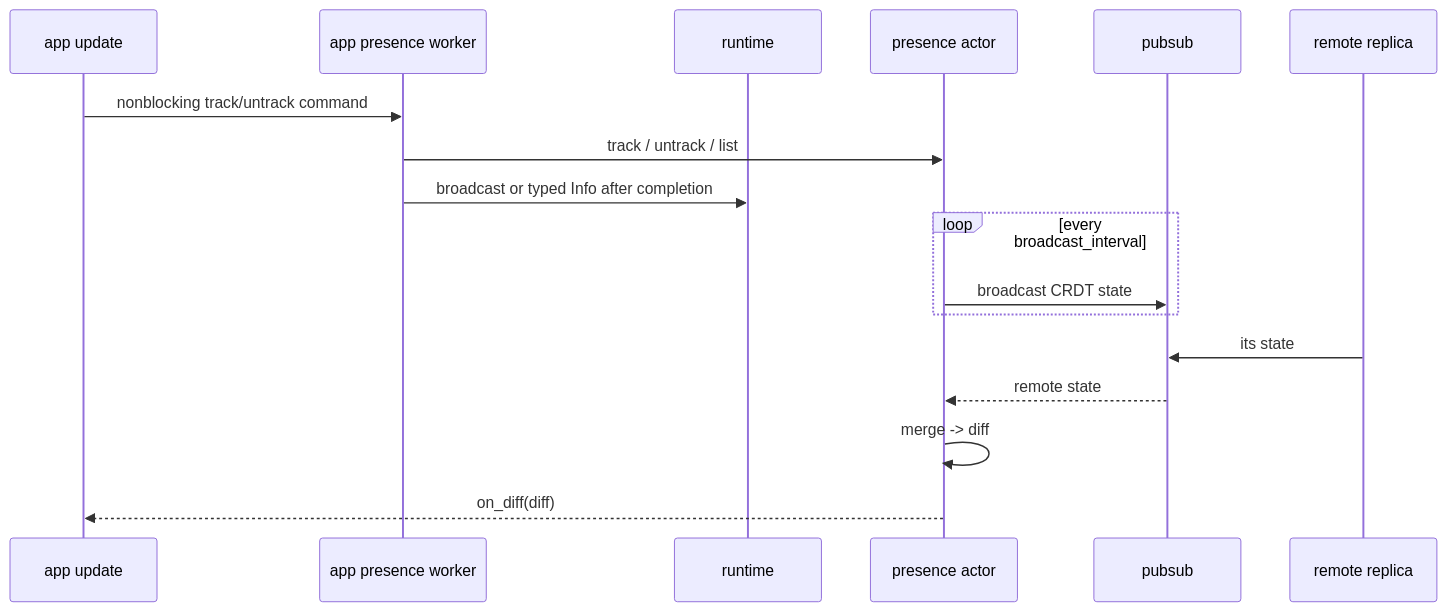
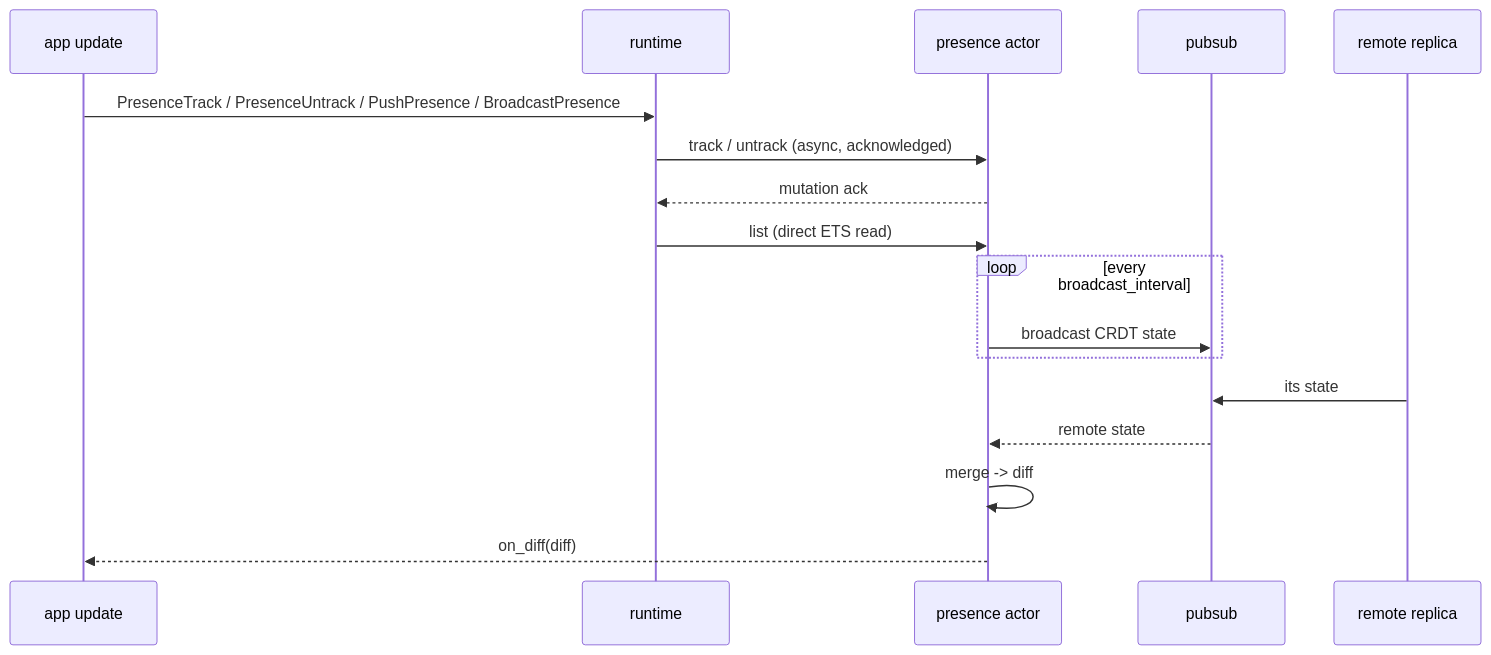
One commit to tylerbutler/beryl changed the diagram in website/src/content/docs/architecture/presence.md. Above: the diagram before and after it, drawn with Mermaid. The commit also changed other lines of this file and 9 other files, not shown here.

````diff
--- a/website/src/content/docs/architecture/presence.md
+++ b/website/src/content/docs/architecture/presence.md
@@ -78,19 +80,19 @@
 ```mermaid
 sequenceDiagram
   participant App as app update
-  participant Worker as app presence worker
   participant Runtime as runtime
   participant Pres as presence actor
   participant PS as pubsub
   participant Remote as remote replica
-  App->>Worker: nonblocking track/untrack command
-  Worker->>Pres: track / untrack / list
-  Worker->>Runtime: broadcast or typed Info after completion
+  App->>Runtime: PresenceTrack / PresenceUntrack / PushPresence / BroadcastPresence
+  Runtime->>Pres: track / untrack (async, acknowledged)
+  Pres-->>Runtime: mutation ack
+  Runtime->>Pres: list (direct ETS read)
   loop every broadcast_interval
     Pres->>PS: broadcast CRDT state
   end
   Remote->>PS: its state
   PS-->>Pres: remote state
   Pres->>Pres: merge -> diff
   Pres-->>App: on_diff(diff)
 ```
````
